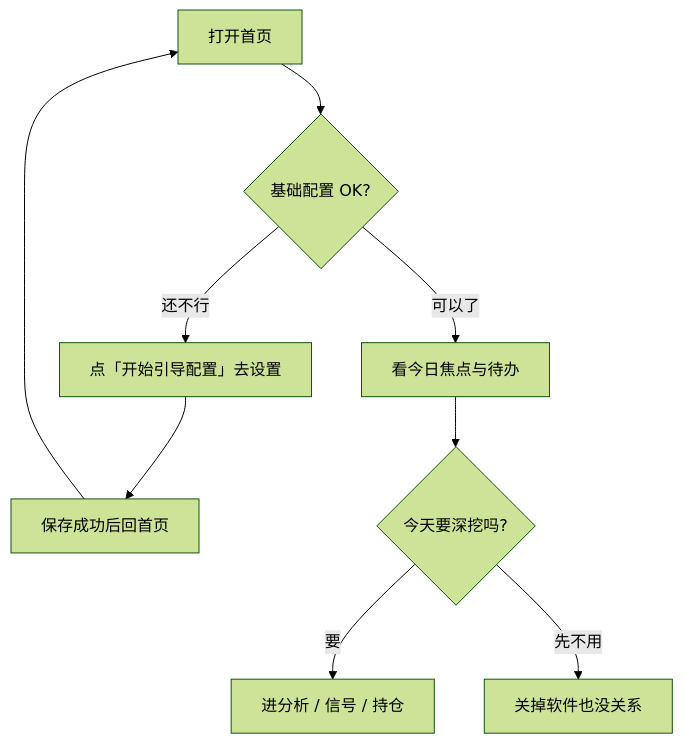
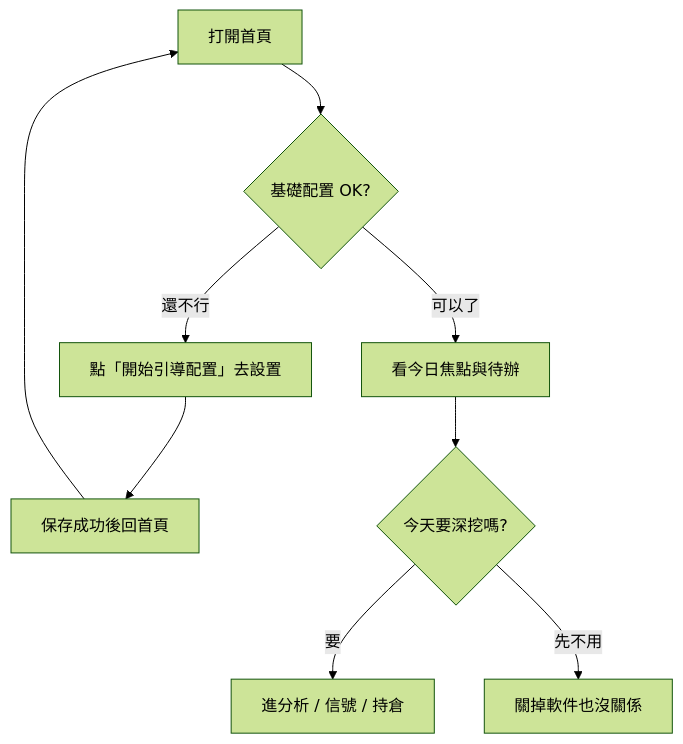
One commit to SiinXu/stock-pulse-ai changed the diagram in docs/ui-manual/i18n/zh-TW/02-home.md. Above: the diagram before and after it, drawn with Mermaid (forest theme). The commit also changed other lines of this file and 73 other files, not shown here.

First line of the commit message:
docs(ui-manual): deepen modules with scenarios, tone pass, and figure placeholders

````diff
--- a/docs/ui-manual/i18n/zh-TW/02-home.md
+++ b/docs/ui-manual/i18n/zh-TW/02-home.md
@@ -50,11 +45,11 @@
 ```mermaid
 flowchart TD
-  A[打开首页] --> B{基础配置 OK?}
-  B -->|还不行| C[点「开始引导配置」去设置]
-  C --> D[保存成功后回首页]
+  A[打開首頁] --> B{基礎配置 OK?}
+  B -->|還不行| C[點「開始引導配置」去設置]
+  C --> D[保存成功後回首頁]
   D --> A
-  B -->|可以了| E[看今日焦点与待办]
-  E --> F{今天要深挖吗?}
-  F -->|要| G[进分析 / 信号 / 持仓]
-  F -->|先不用| H[关掉软件也没关系]
+  B -->|可以了| E[看今日焦點與待辦]
+  E --> F{今天要深挖嗎?}
+  F -->|要| G[進分析 / 信號 / 持倉]
+  F -->|先不用| H[關掉軟件也沒關係]
 ```
````
